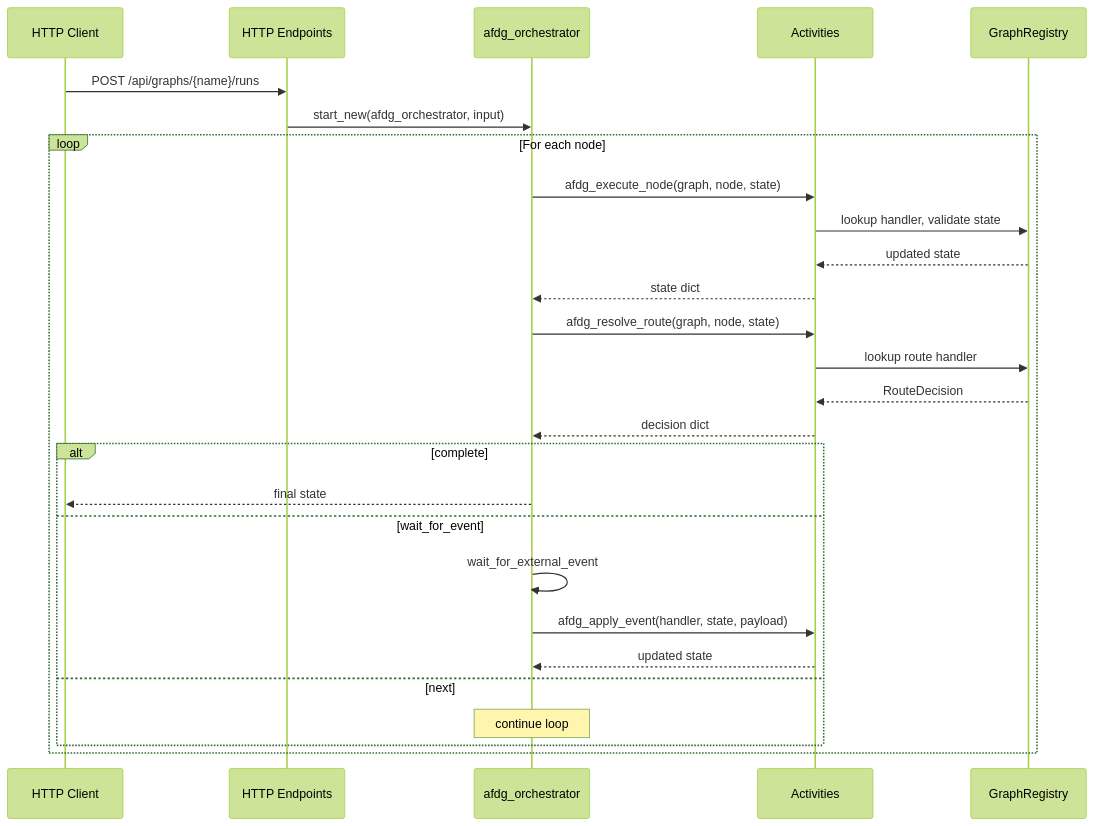
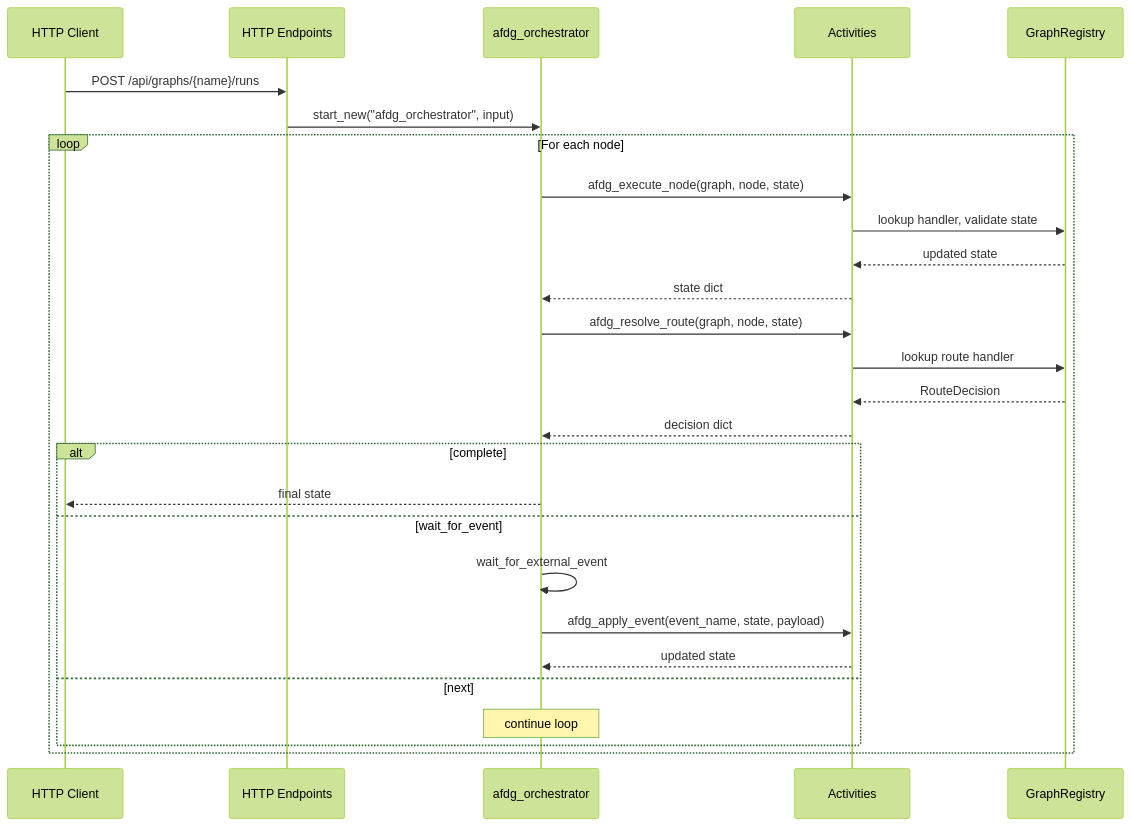
Before and after one commit to yeongseon/azure-functions-durable-graph-python: the first of 2 diagrams in docs/architecture.md, drawn with Mermaid (forest theme). The commit also changed 5 other files, not shown here.

Commit message:
docs: correct diagrams to match runtime (start_new by name, raise_event via HTTP endpoint, model_validate merge)

````diff
--- a/docs/architecture.md
+++ b/docs/architecture.md
@@ -20,33 +20,33 @@
 ```mermaid
 sequenceDiagram
     participant Client as HTTP Client
     participant HTTP as HTTP Endpoints
     participant DF as afdg_orchestrator
     participant ACT as Activities
     participant REG as GraphRegistry
 
     Client->>HTTP: POST /api/graphs/{name}/runs
-    HTTP->>DF: start_new(afdg_orchestrator, input)
+    HTTP->>DF: start_new("afdg_orchestrator", input)
 
     loop For each node
         DF->>ACT: afdg_execute_node(graph, node, state)
         ACT->>REG: lookup handler, validate state
         REG-->>ACT: updated state
         ACT-->>DF: state dict
 
         DF->>ACT: afdg_resolve_route(graph, node, state)
         ACT->>REG: lookup route handler
         REG-->>ACT: RouteDecision
         ACT-->>DF: decision dict
 
         alt complete
             DF-->>Client: final state
         else wait_for_event
             DF->>DF: wait_for_external_event
-        DF->>ACT: afdg_apply_event(handler, state, payload)
+            DF->>ACT: afdg_apply_event(event_name, state, payload)
             ACT-->>DF: updated state
         else next
             Note over DF: continue loop
         end
     end
 ```
````
